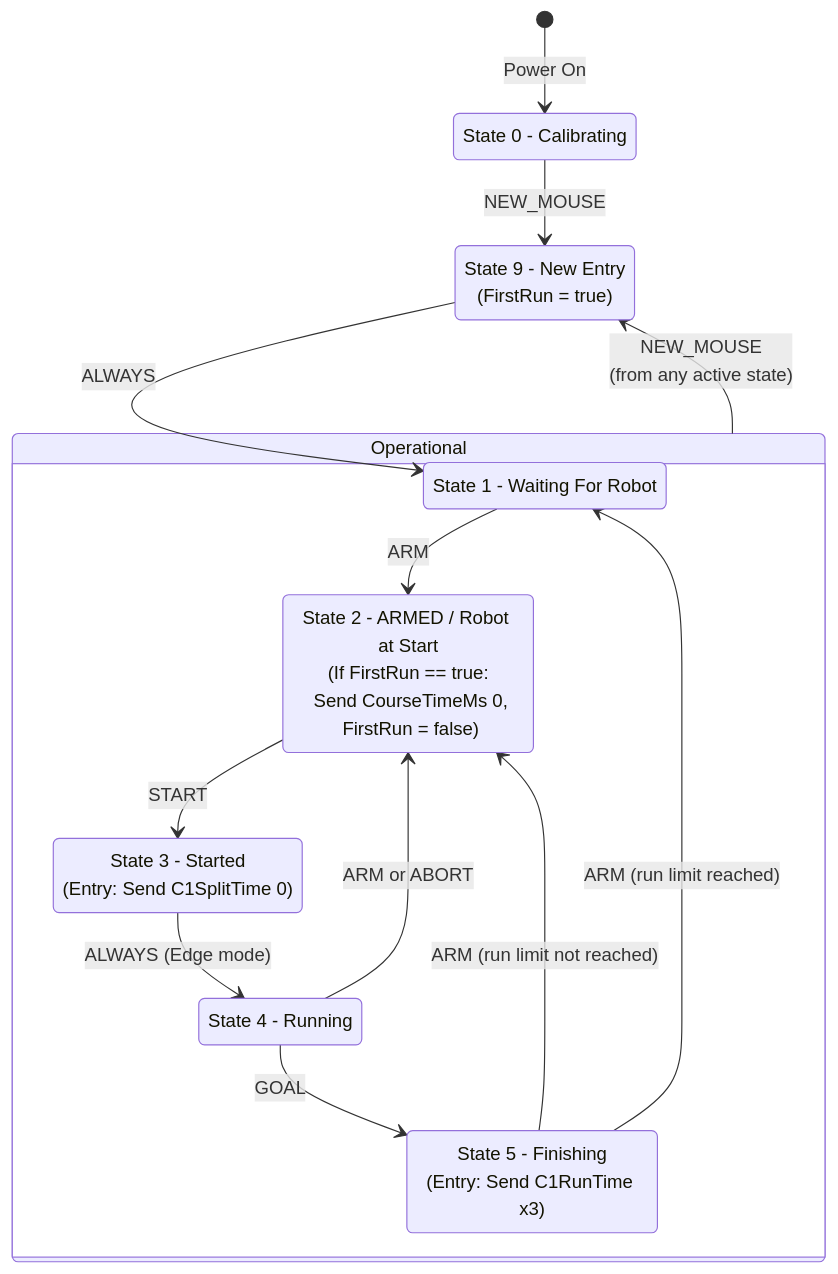
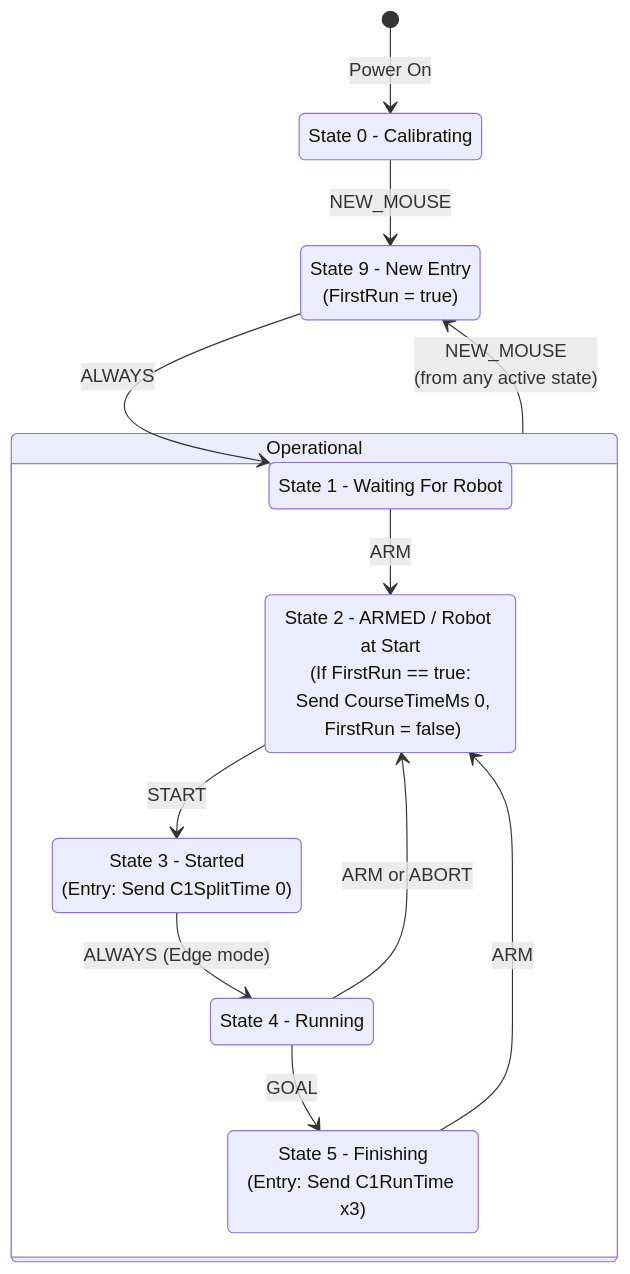
Before and after one commit to micromouseonline/kronos: the diagram in cerberus-gate-controller/docs/RACE-STATE-MACHINE.md, drawn with Mermaid. The commit also changed other lines of this file and 3 other files, not shown here.

````diff
--- a/cerberus-gate-controller/docs/RACE-STATE-MACHINE.md
+++ b/cerberus-gate-controller/docs/RACE-STATE-MACHINE.md
@@ -104,34 +130,33 @@
 ```mermaid
 stateDiagram-v2
     direction TB
 
     [*] --> State0: Power On
     State0: State 0 - Calibrating
     State9: State 9 - New Entry<br/>(FirstRun = true)
     
     State0 --> State9: NEW_MOUSE
     State9 --> State1: ALWAYS
 
     %% Composite state grouping operational states
     state Operational {
         direction TB
         State1: State 1 - Waiting For Robot
         State2: State 2 - ARMED / Robot at Start<br/>(If FirstRun == true:<br/> Send CourseTimeMs 0,<br/> FirstRun = false)
         State3: State 3 - Started<br/>(Entry: Send C1SplitTime 0)
         State4: State 4 - Running
         State5: State 5 - Finishing<br/>(Entry: Send C1RunTime x3)
 
         State1 --> State2: ARM
         State2 --> State3: START
         State3 --> State4: ALWAYS (Edge mode)
         
         State4 --> State2: ARM or ABORT
         State4 --> State5: GOAL
 
-        State5 --> State2: ARM (run limit not reached)
-        State5 --> State1: ARM (run limit reached)
+        State5 --> State2: ARM
     }
 
     %% Single transition representing global interrupt
     Operational --> State9: NEW_MOUSE <br/>(from any active state)
   ```
````
